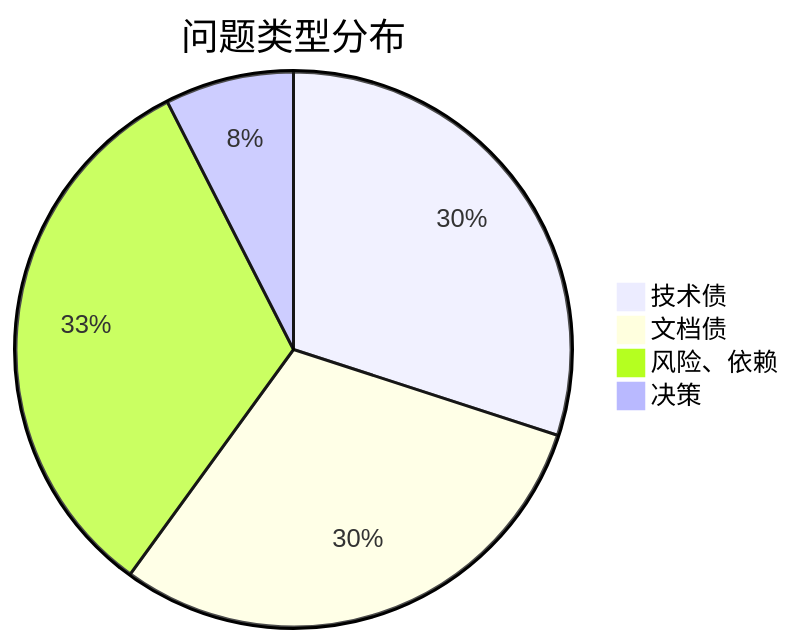
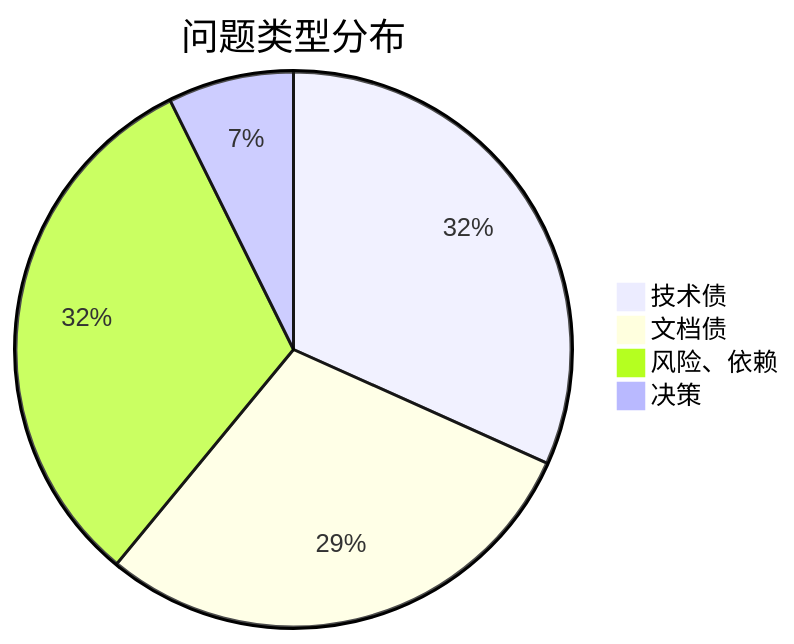
Before and after one commit to THZSummer/sddu: the fourth of 8 diagrams in .sddu/ROADMAP.md, drawn with Mermaid. The commit also changed other lines of this file, not shown here.

First line of the commit message:
docs(roadmap): 登记架构技术债 P-041 + PR-007 升级为平台适配层抽象

````diff
--- a/.sddu/ROADMAP.md
+++ b/.sddu/ROADMAP.md
@@ -150,7 +150,7 @@
 ```mermaid
 pie title 问题类型分布
-    "技术债" : 12
+    "技术债" : 13
     "文档债" : 12
     "风险、依赖" : 13
     "决策" : 3
 ```
````
